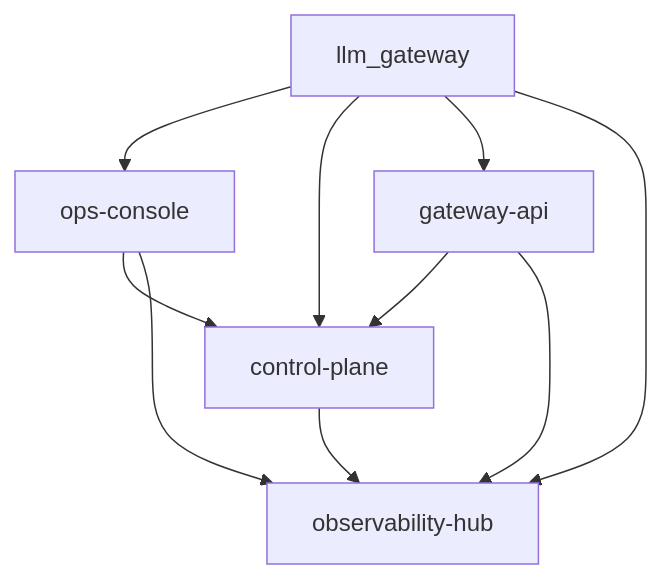
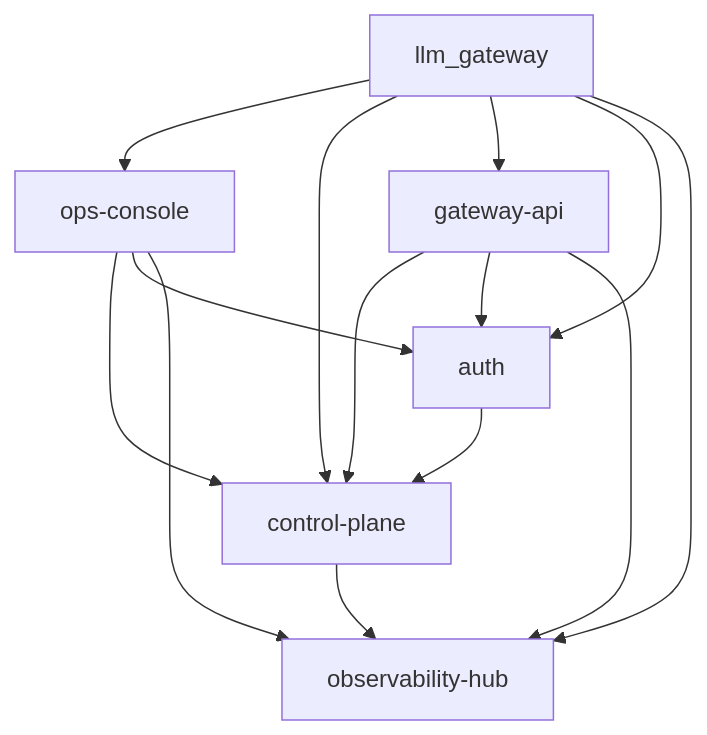
Before and after one commit to achieve-jsy/llm-gateway: the diagram in xspec/modules/PRODUCT.md, drawn with Mermaid. The commit also changed other lines of this file and 231 other files, not shown here.

````diff
--- a/xspec/modules/PRODUCT.md
+++ b/xspec/modules/PRODUCT.md
@@ -17,12 +17,16 @@
 ```mermaid
 graph TD
     A["llm_gateway"] --> B["ops-console"]
     A --> C["control-plane"]
     A --> D["gateway-api"]
-    A --> E["observability-hub"]
+    A --> E["auth"]
+    A --> F["observability-hub"]
     B --> C
     B --> E
+    B --> F
     D --> C
     D --> E
-    C --> E
+    D --> F
+    E --> C
+    C --> F
 ```
````
